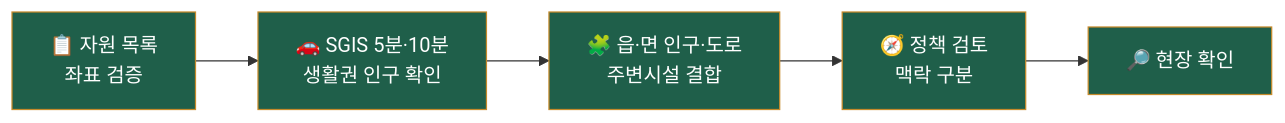
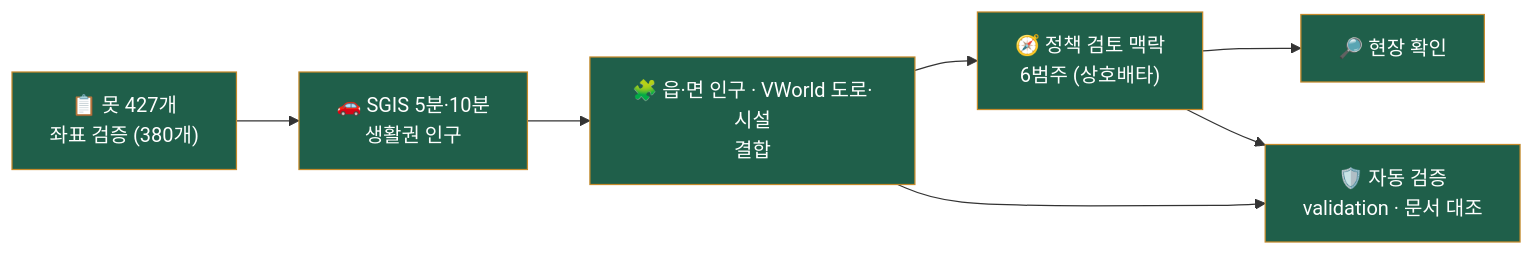
The diagram in README.md (ssoyoum/Uiseong-Resource-Model), drawn with Mermaid before and after one commit. The commit also changed other lines of this file and 3 other files, not shown here.

````diff
--- a/README.md
+++ b/README.md
@@ -46,10 +99,12 @@
 ```mermaid
 flowchart LR
-    A["📋 자원 목록<br>좌표 검증"] --> B["🚗 SGIS 5분·10분<br>생활권 인구 확인"]
-    B --> C["🧩 읍·면 인구·도로<br>주변시설 결합"]
-    C --> D["🧭 정책 검토<br>맥락 구분"]
+    A["📋 못 427개<br>좌표 검증 (380개)"] --> B["🚗 SGIS 5분·10분<br>생활권 인구"]
+    B --> C["🧩 읍·면 인구 · VWorld 도로·시설<br>결합"]
+    C --> D["🧭 정책 검토 맥락<br>6범주 (상호배타)"]
     D --> E["🔎 현장 확인"]
+    C --> V["🛡️ 자동 검증<br>validation · 문서 대조"]
+    D --> V
 
     classDef step fill:#1f5f4a,stroke:#c58a2b,color:#ffffff;
-    class A,B,C,D,E step;
+    class A,B,C,D,E,V step;
 ```
````
